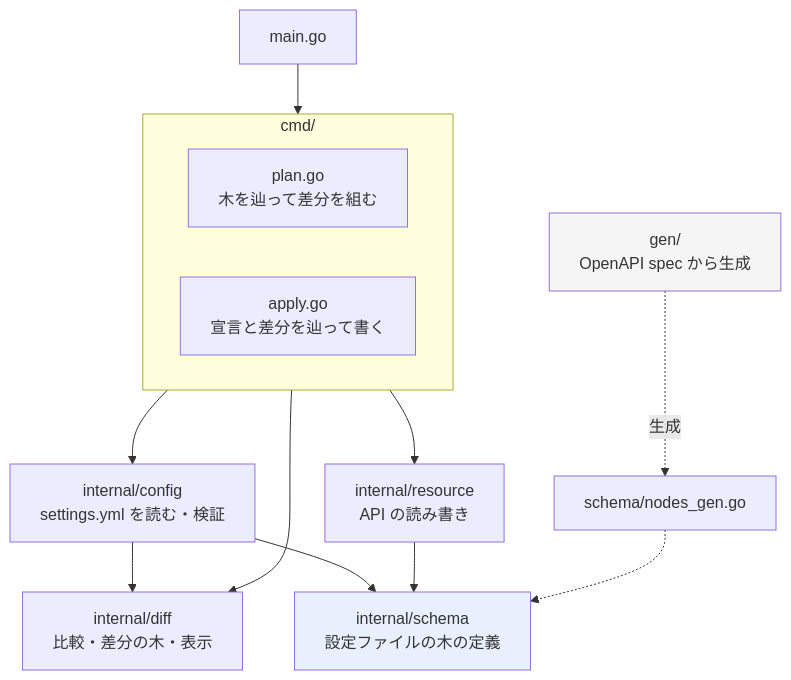
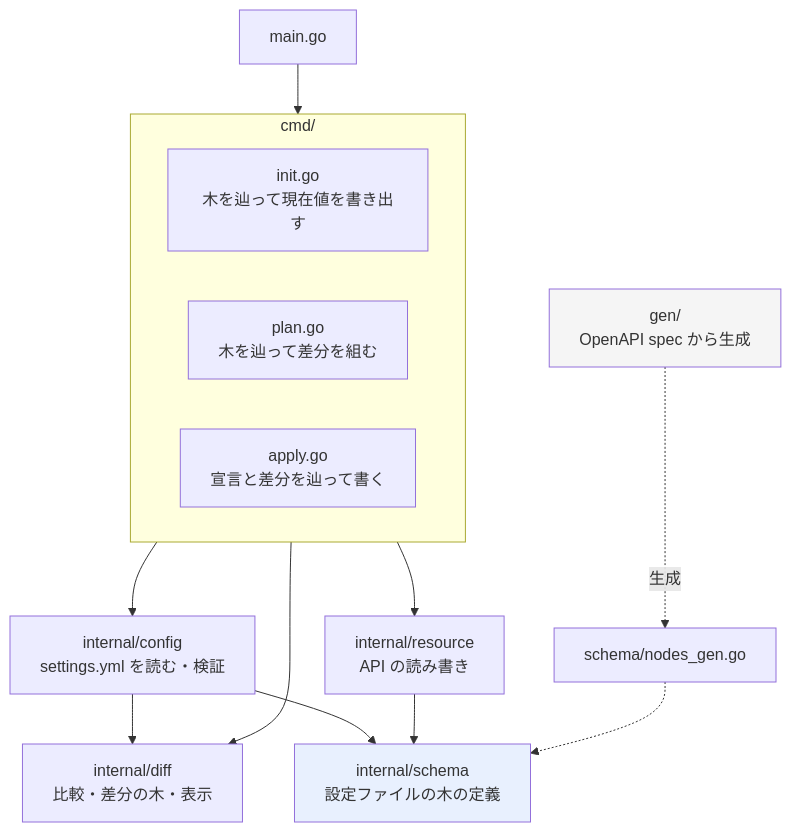
One commit to kota65535/ghs changed the second of 5 diagrams in docs/architecture.md. Above: the diagram before and after it, drawn with Mermaid. The commit also changed 11 other files, not shown here.

````diff
--- a/docs/architecture.md
+++ b/docs/architecture.md
@@ -44,28 +44,29 @@
 ```mermaid
 graph TD
     main[main.go] --> cmd
 
     subgraph cmd["cmd/"]
+        init["init.go<br/>木を辿って現在値を書き出す"]
         plan["plan.go<br/>木を辿って差分を組む"]
         apply["apply.go<br/>宣言と差分を辿って書く"]
     end
 
     cmd --> config
     cmd --> diff
     cmd --> resource
 
     config["internal/config<br/>settings.yml を読む・検証"]
     schema["internal/schema<br/>設定ファイルの木の定義"]
     diff["internal/diff<br/>比較・差分の木・表示"]
     resource["internal/resource<br/>API の読み書き"]
 
     config --> schema
     config --> diff
     resource --> schema
 
     gen["gen/<br/>OpenAPI spec から生成"] -.生成.-> nodes["schema/nodes_gen.go"]
     nodes -.-> schema
 
     style schema fill:#e8f0fe
     style gen fill:#f5f5f5
 ```
````
